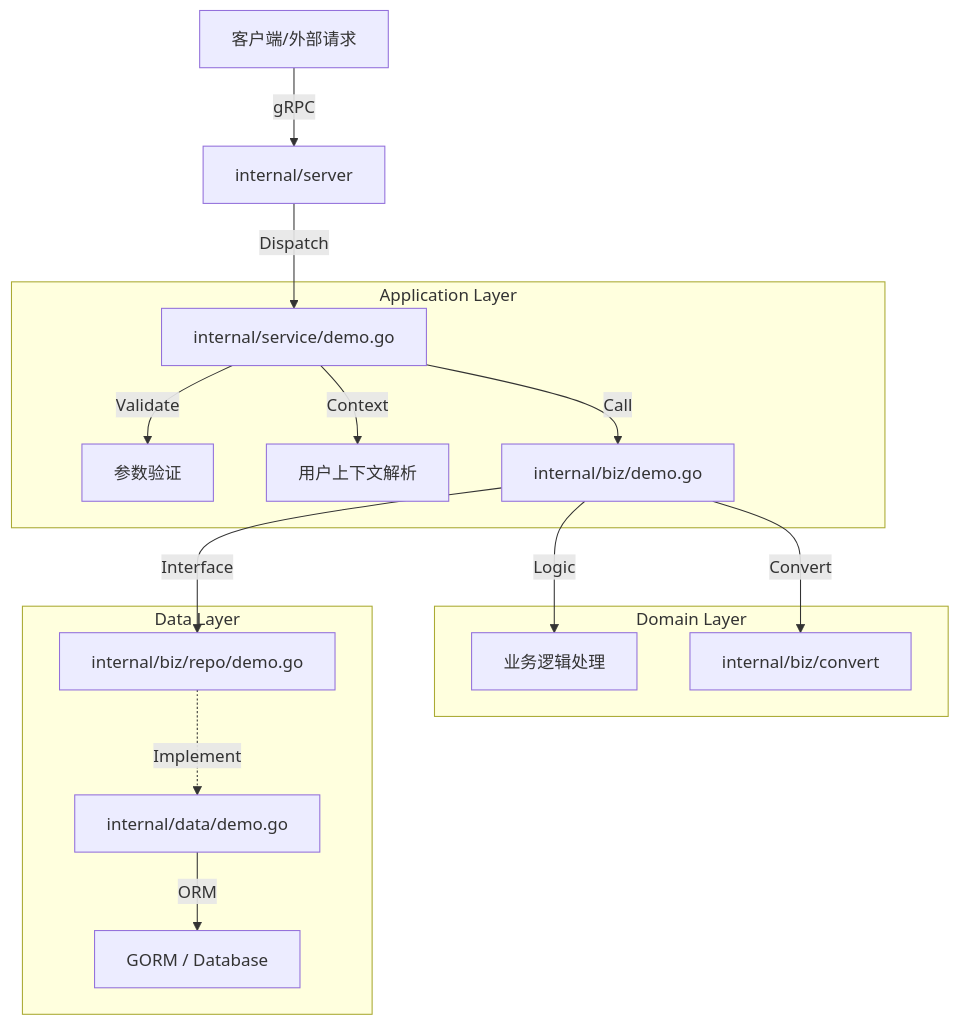
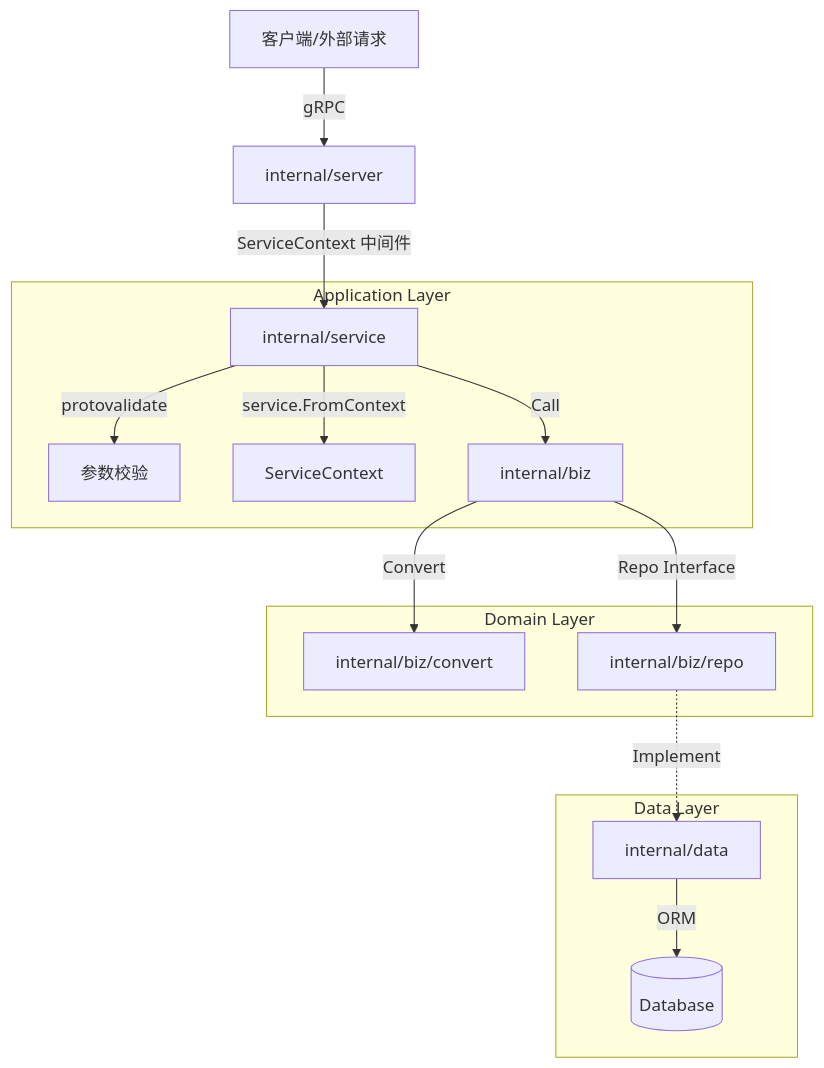
One commit to fireflycore/docs changed the diagram in packages/zh/docs/guide/go/data-flow.md. Above: the diagram before and after it, drawn with Mermaid. The commit also changed other lines of this file and 9 other files, not shown here.

````diff
--- a/packages/zh/docs/guide/go/data-flow.md
+++ b/packages/zh/docs/guide/go/data-flow.md
@@ -7,22 +7,21 @@
 ```mermaid
 graph TD
     Client[客户端/外部请求] -->|gRPC| Server[internal/server]
-    Server -->|Dispatch| Service[internal/service/demo.go]
-    
+    Server -->|ServiceContext 中间件| Service[internal/service]
+
     subgraph "Application Layer"
-    Service -->|Validate| ProtoValidate[参数验证]
-    Service -->|Context| UserMeta[用户上下文解析]
-    Service -->|Call| Biz[internal/biz/demo.go]
+    Service -->|protovalidate| Validate[参数校验]
+    Service -->|service.FromContext| Context[ServiceContext]
+    Service -->|Call| Biz[internal/biz]
     end
-    
+
     subgraph "Domain Layer"
-    Biz -->|Logic| BizLogic[业务逻辑处理]
     Biz -->|Convert| Convert[internal/biz/convert]
+    Biz -->|Repo Interface| RepoInterface[internal/biz/repo]
     end
-    
+
     subgraph "Data Layer"
-    Biz -->|Interface| RepoInterface[internal/biz/repo/demo.go]
-    RepoInterface -.->|Implement| RepoImpl[internal/data/demo.go]
-    RepoImpl -->|ORM| GORM[GORM / Database]
+    RepoInterface -.->|Implement| RepoImpl[internal/data]
+    RepoImpl -->|ORM| DB[(Database)]
     end
 ```
````
